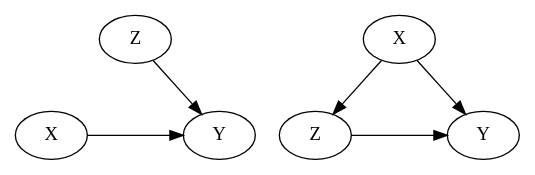
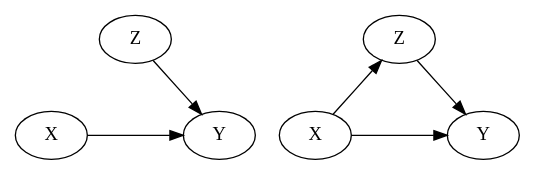
Before and after one commit to vdeni/causal-inference_bayes-and-dags: the fourth of 4 diagrams in reports/exploring-causality.qmd, drawn with Graphviz. The commit also changed other lines of this file and 1 other file, not shown here.

Commit message:
reorder nodes on false dag to match true dag

````diff
--- a/reports/exploring-causality.qmd
+++ b/reports/exploring-causality.qmd
@@ -407,29 +407,30 @@
 ```{dot fig_bn_x-confound}
 //| fig-align: center
 //| fig-cap: Causal DAGs when we simulate a $do(X = x)$ intervention. True DAG left, false DAG right.
 //| label: fig-simple-confounding-do-compare
 
 digraph G {
     layout=dot;
     subgraph dag_true {
         rankdir=TB;
         X1[label="X"];
-        Y1[label="Y"]
-        Z1[label="Z"]
+        Y1[label="Y"];
+        Z1[label="Z"];
         X1 -> Y1[minlen=4];
         Z1 -> X1[style="invisible", arrowhead="none"];
         Z1 -> Y1;
         {rank="same"; X1; Y1;}
     }
     subgraph dag_false {
         rankdir=TB;
         X2[label="X"];
-        Y2[label="Y"]
-        Z2[label="Z"]
-        X2 -> Y2;
+        Y2[label="Y"];
+        Z2[label="Z"];
+        X2 -> Y2[minlen=4];
+        Z2 -> Y2;
         X2 -> Z2;
-        Z2 -> Y2[minlen=4];
-        {rank="same"; Z2; Y2;}
+        {rank="same"; X2; Y2;}
     }
+    {rank="same"; Z1; Z2;}
 }
 ```
````
